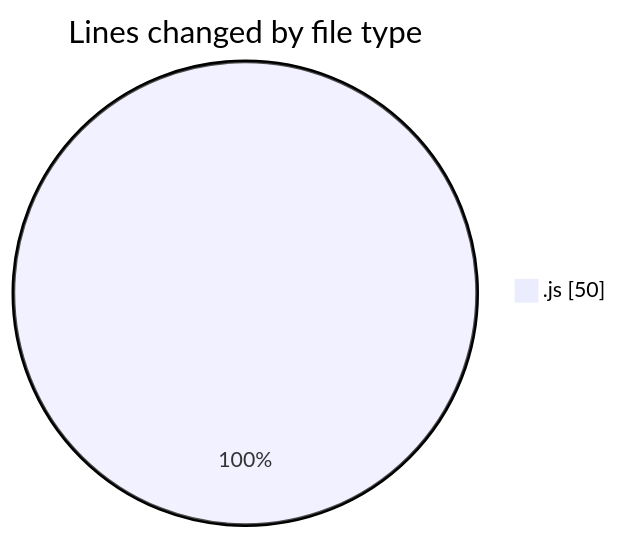
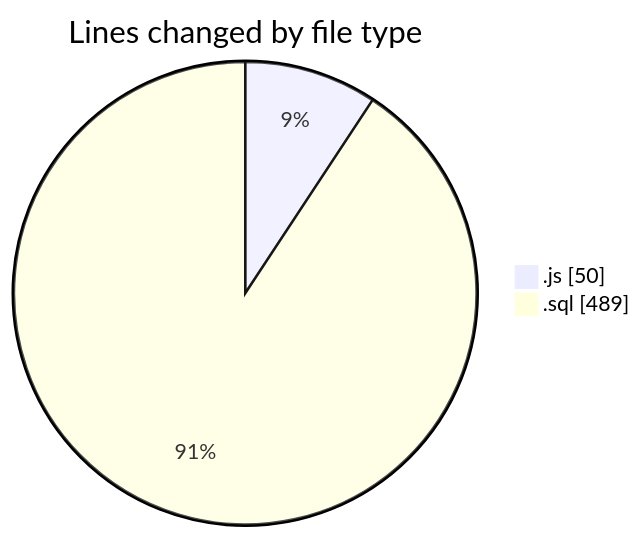
One commit to momahboobian/code-tracking changed the first of 2 diagrams in 2026-05-20/cda/README.md. Above: the diagram before and after it, drawn with Mermaid. The commit also changed other lines of this file and 1 other file, not shown here.

````diff
--- a/2026-05-20/cda/README.md
+++ b/2026-05-20/cda/README.md
@@ -21,5 +22,6 @@
 ```mermaid
 pie showData
 title Lines changed by file type
 ".js" : 50
+".sql" : 489
 ```
````
